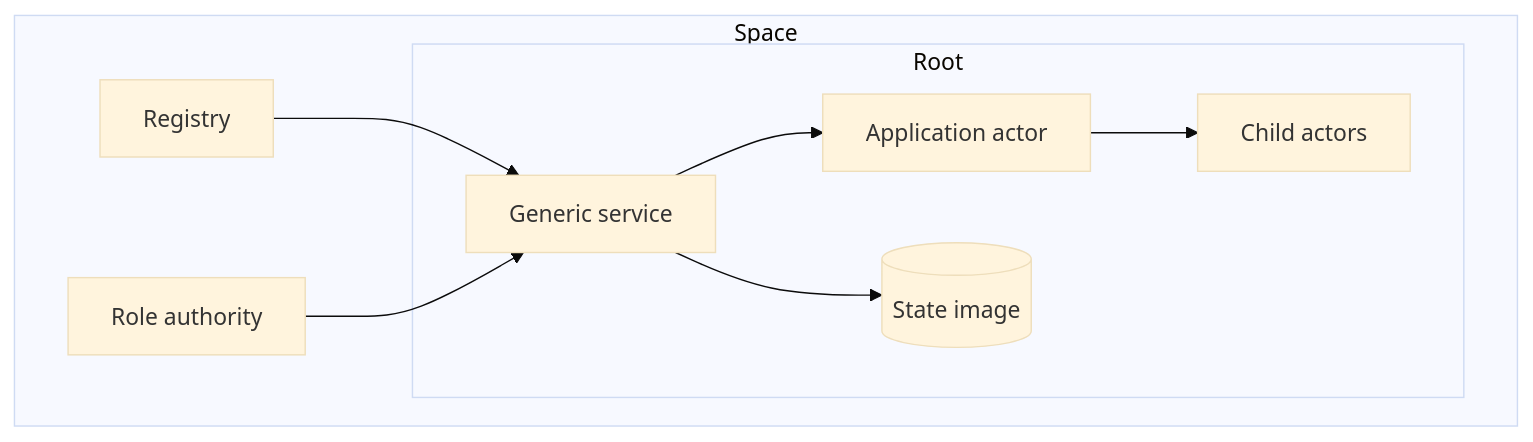
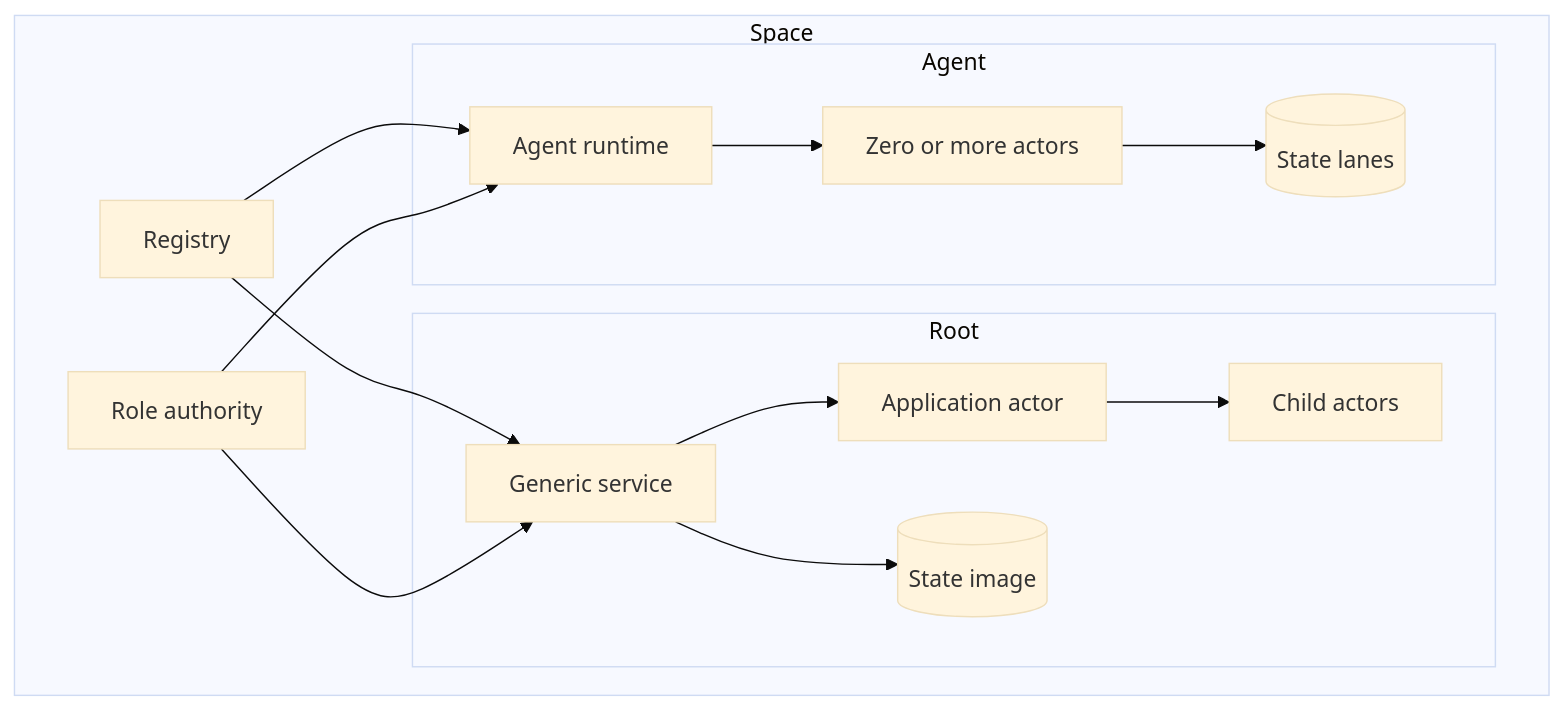
The first of 2 diagrams in docs/architecture.md (virto-network/vos), drawn with Mermaid (base theme) before and after one commit. The commit also changed other lines of this file and 55 other files, not shown here.

Commit message:
feat(agent): bind multi-actor runtime foundation

````diff
--- a/docs/architecture.md
+++ b/docs/architecture.md
@@ -7,18 +9,27 @@
 ```mermaid
 flowchart TB
     subgraph Space
         Registry[Registry]
         Authority[Role authority]
         subgraph Root
             Service[Generic service]
             Actor[Application actor]
             Children[Child actors]
             Store[(State image)]
         end
+        subgraph Agent
+            Runtime[Agent runtime]
+            Many[Zero or more actors]
+            Lanes[(State lanes)]
+        end
         Registry --> Service
+        Registry --> Runtime
         Authority --> Service
+        Authority --> Runtime
         Service --> Actor
         Actor --> Children
         Service --> Store
+        Runtime --> Many
+        Many --> Lanes
     end
 ```
````
